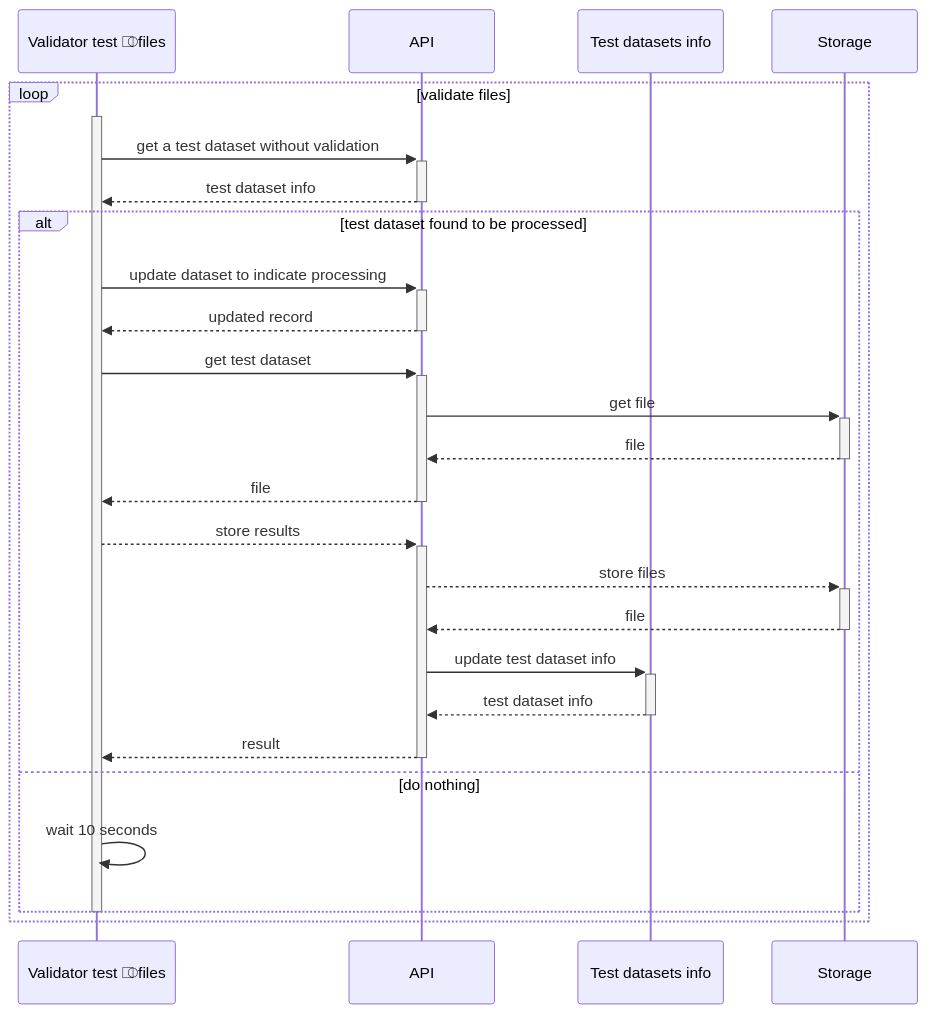
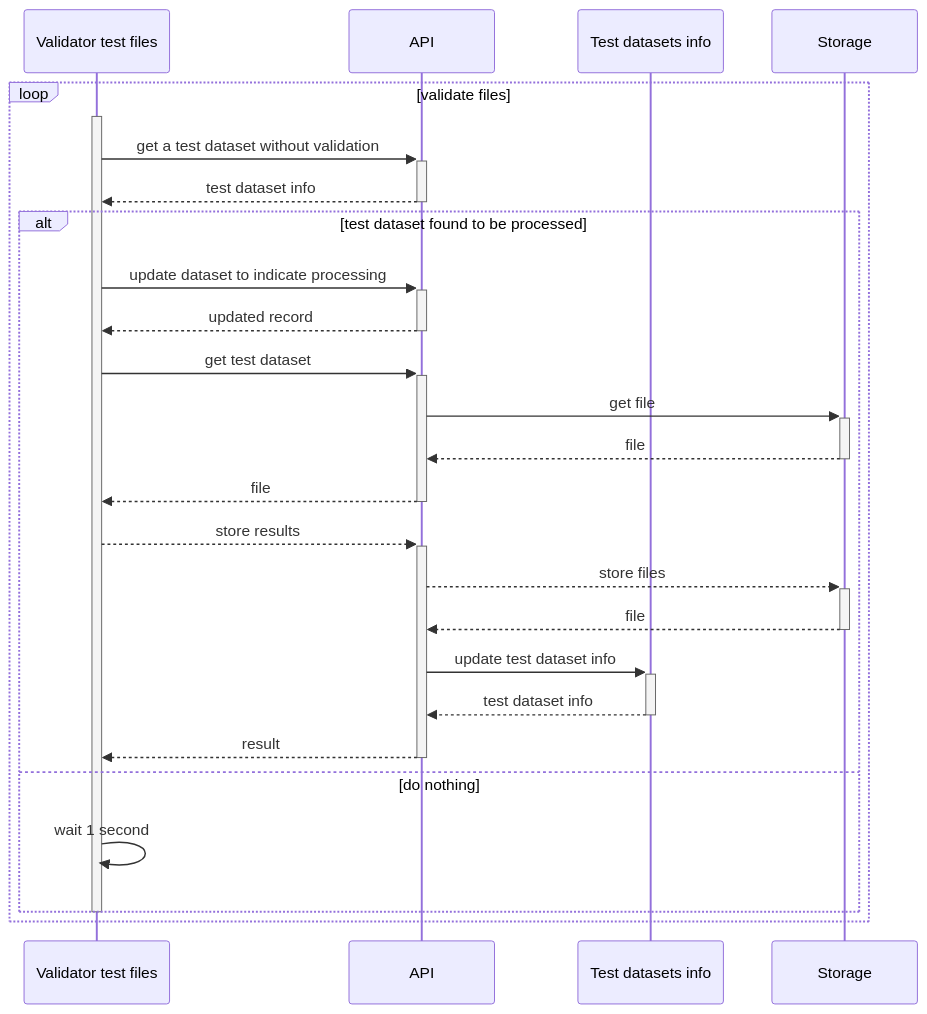
One commit to IATI/IATI-Validator-Web changed the second of 2 diagrams in docs/validate-file.md. Above: the diagram before and after it, drawn with Mermaid. The commit also changed other lines of this file, not shown here.

````diff
--- a/docs/validate-file.md
+++ b/docs/validate-file.md
@@ -55,35 +68,35 @@
 ```mermaid
 sequenceDiagram
-	participant V as Validator test ⎄files
+	participant V as Validator test files
 	participant API
 	participant DS as Test datasets info
 	participant Storage
 		
 	loop validate files
 		activate V
 		V ->>+ API: get a test dataset without validation
 		API -->>- V: test dataset info
 
 		alt test dataset found to be processed
 			V ->>+ API: update dataset to indicate processing
 			API -->>- V: updated record
 		
 			V ->>+ API: get test dataset
 			API ->>+ Storage: get file
 			Storage -->>- API: file
 			API -->>- V: file
 			
 			V -->>+ API: store results
 			API -->>+ Storage: store files
 			Storage -->>- API: file
 			
 			API ->>+ DS: update test dataset info
 			DS -->>- API: test dataset info
 			
 			API -->>- V: result
 		else do nothing
-			V ->> V: wait 10 seconds
+			V ->> V: wait 1 second
 		end
 		deactivate V
 	end
 ```
````
